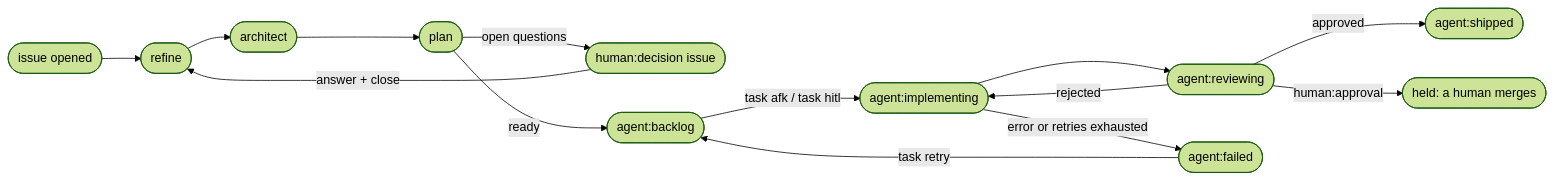
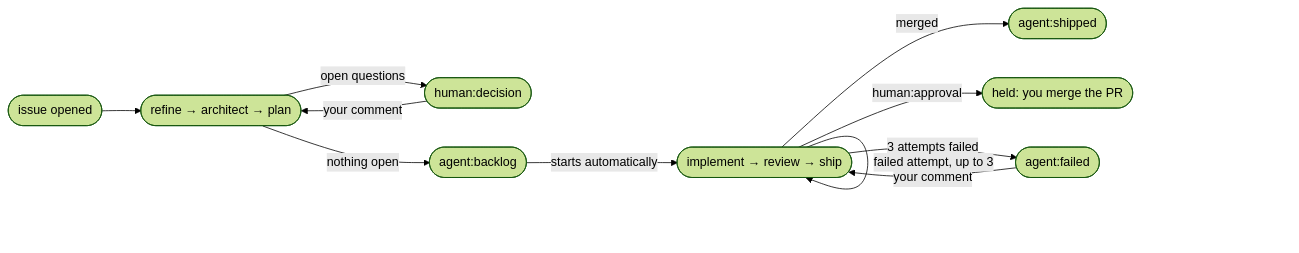
One commit to architecture-that-works/agentic-sdlc changed the diagram in README.md. Above: the diagram before and after it, drawn with Mermaid (forest theme). The commit also changed other lines of this file and 27 other files, not shown here.

First line of the commit message:
feat(pipeline): the issue is the interface — auto-implement, in-issue decisions, retry budget

````diff
--- a/README.md
+++ b/README.md
@@ -55,14 +59,13 @@
 ```mermaid
 flowchart LR
-    N([issue opened]) --> R([refine]) --> AR([architect]) --> P([plan])
-    P -- open questions --> Q([human:decision issue])
-    Q -- answer + close --> R
-    P -- ready --> B([agent:backlog])
-    B -- task afk / task hitl --> I([agent:implementing])
-    I --> V([agent:reviewing])
-    V -- rejected --> I
-    V -- approved --> S([agent:shipped])
-    V -- human:approval --> H([held: a human merges])
-    I -- error or retries exhausted --> F([agent:failed])
-    F -- task retry --> B
+    N([issue opened]) --> R([refine → architect → plan])
+    R -- open questions --> D([human:decision])
+    D -- your comment --> R
+    R -- nothing open --> B([agent:backlog])
+    B -- starts automatically --> I([implement → review → ship])
+    I -- failed attempt, up to 3 --> I
+    I -- merged --> S([agent:shipped])
+    I -- human:approval --> H([held: you merge the PR])
+    I -- 3 attempts failed --> F([agent:failed])
+    F -- your comment --> I
 ```
````
